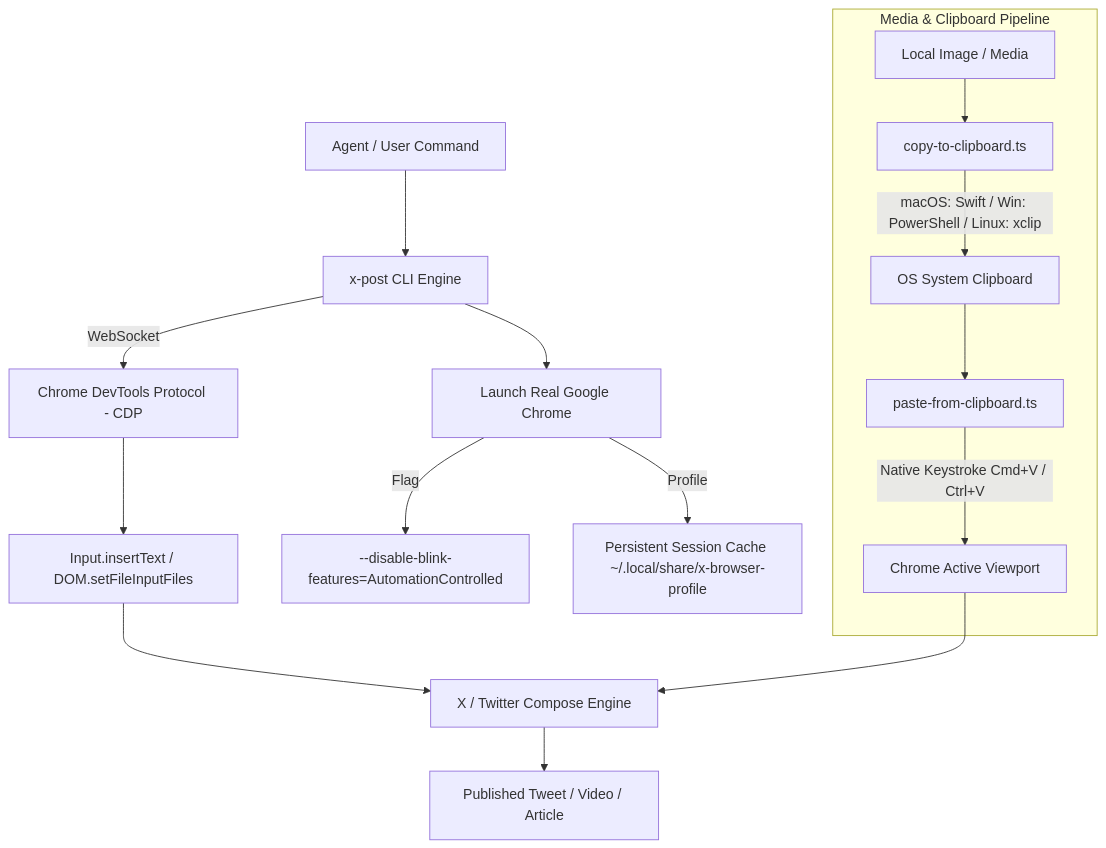
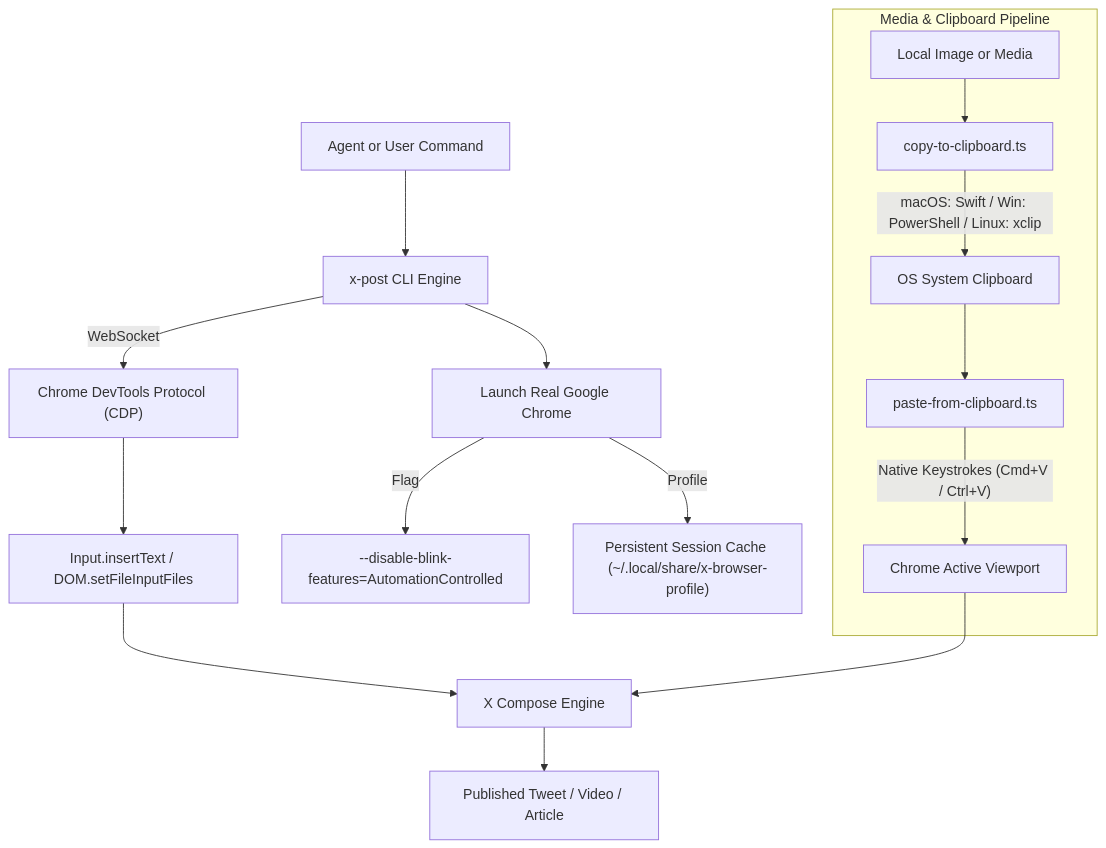
Before and after one commit to EachsodaGng/x-post: the first of 2 diagrams in README.md, drawn with Mermaid. The commit also changed other lines of this file, not shown here.

Commit message:
fix(docs): quote all Mermaid node labels and edge texts for GitHub rendering

````diff
--- a/README.md
+++ b/README.md
@@ -95,20 +95,20 @@
 ```mermaid
 flowchart TD
-    A[Agent / User Command] --> B[x-post CLI Engine]
-    B --> C[Launch Real Google Chrome]
-    C -->|Flag| D[--disable-blink-features=AutomationControlled]
-    C -->|Profile| E[Persistent Session Cache ~/.local/share/x-browser-profile]
-    B -->|WebSocket| F[Chrome DevTools Protocol - CDP]
+    A["Agent or User Command"] --> B["x-post CLI Engine"]
+    B --> C["Launch Real Google Chrome"]
+    C -->|"Flag"| D["--disable-blink-features=AutomationControlled"]
+    C -->|"Profile"| E["Persistent Session Cache (~/.local/share/x-browser-profile)"]
+    B -->|"WebSocket"| F["Chrome DevTools Protocol (CDP)"]
     
-    subgraph Media & Clipboard Pipeline
-        G[Local Image / Media] --> H[copy-to-clipboard.ts]
-        H -->|macOS: Swift / Win: PowerShell / Linux: xclip| I[OS System Clipboard]
-        I --> J[paste-from-clipboard.ts]
-        J -->|Native Keystroke Cmd+V / Ctrl+V| K[Chrome Active Viewport]
+    subgraph MediaPipeline ["Media & Clipboard Pipeline"]
+        G["Local Image or Media"] --> H["copy-to-clipboard.ts"]
+        H -->|"macOS: Swift / Win: PowerShell / Linux: xclip"| I["OS System Clipboard"]
+        I --> J["paste-from-clipboard.ts"]
+        J -->|"Native Keystrokes (Cmd+V / Ctrl+V)"| K["Chrome Active Viewport"]
     end
     
-    F --> L[Input.insertText / DOM.setFileInputFiles]
-    L --> M[X / Twitter Compose Engine]
+    F --> L["Input.insertText / DOM.setFileInputFiles"]
+    L --> M["X Compose Engine"]
     K --> M
-    M --> N[Published Tweet / Video / Article]
+    M --> N["Published Tweet / Video / Article"]
 ```
````
